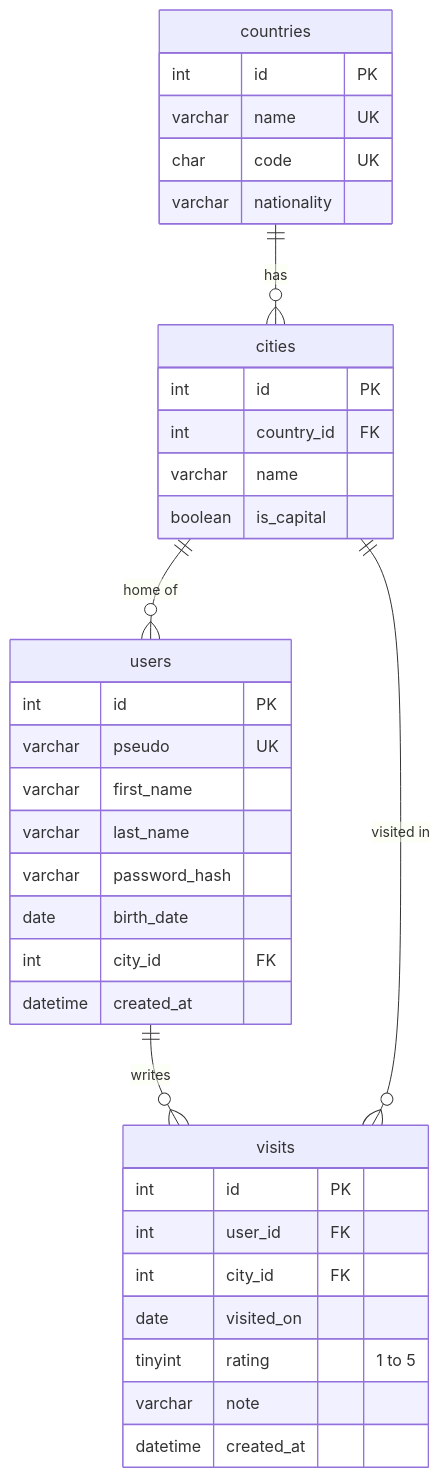
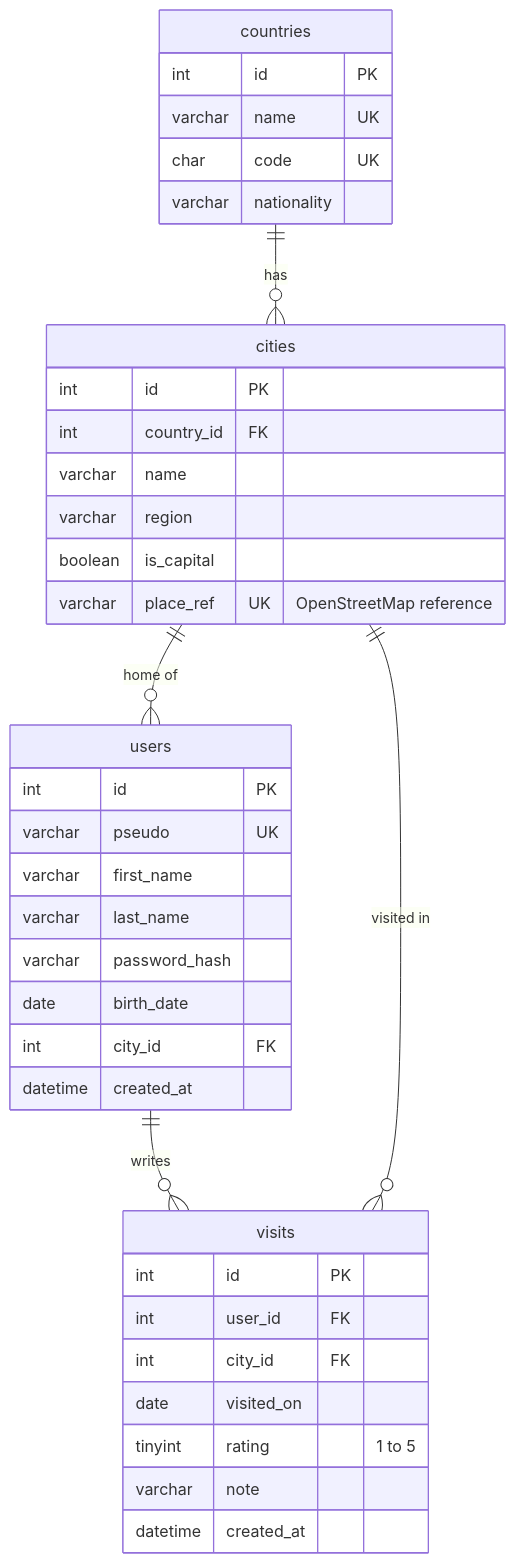
One commit to puremax-lab/Escales changed the diagram in README.md. Above: the diagram before and after it, drawn with Mermaid. The commit also changed other lines of this file and 20 other files, not shown here.

````diff
--- a/README.md
+++ b/README.md
@@ -67,39 +73,41 @@
 ```mermaid
 erDiagram
     countries ||--o{ cities : "has"
     cities ||--o{ users : "home of"
     users ||--o{ visits : "writes"
     cities ||--o{ visits : "visited in"
 
     countries {
         int id PK
         varchar name UK
         char code UK
         varchar nationality
     }
     cities {
         int id PK
         int country_id FK
         varchar name
+        varchar region
         boolean is_capital
+        varchar place_ref UK "OpenStreetMap reference"
     }
     users {
         int id PK
         varchar pseudo UK
         varchar first_name
         varchar last_name
         varchar password_hash
         date birth_date
         int city_id FK
         datetime created_at
     }
     visits {
         int id PK
         int user_id FK
         int city_id FK
         date visited_on
         tinyint rating "1 to 5"
         varchar note
         datetime created_at
     }
 ```
````
